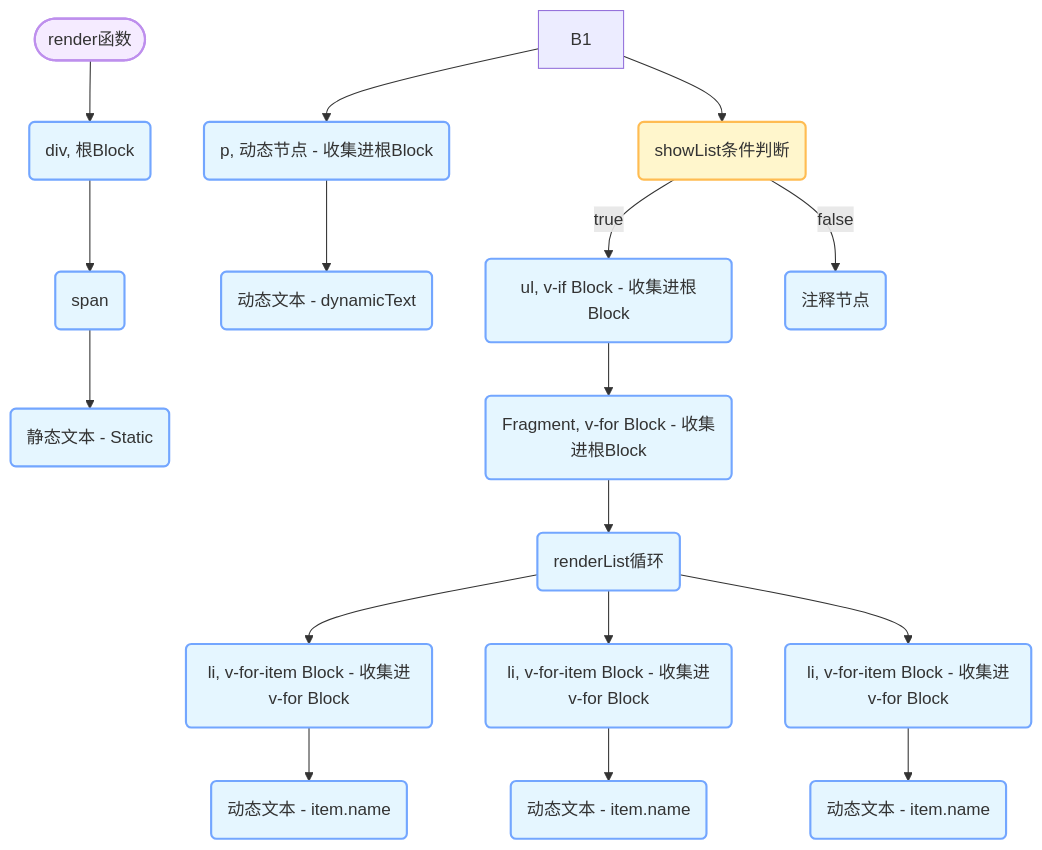
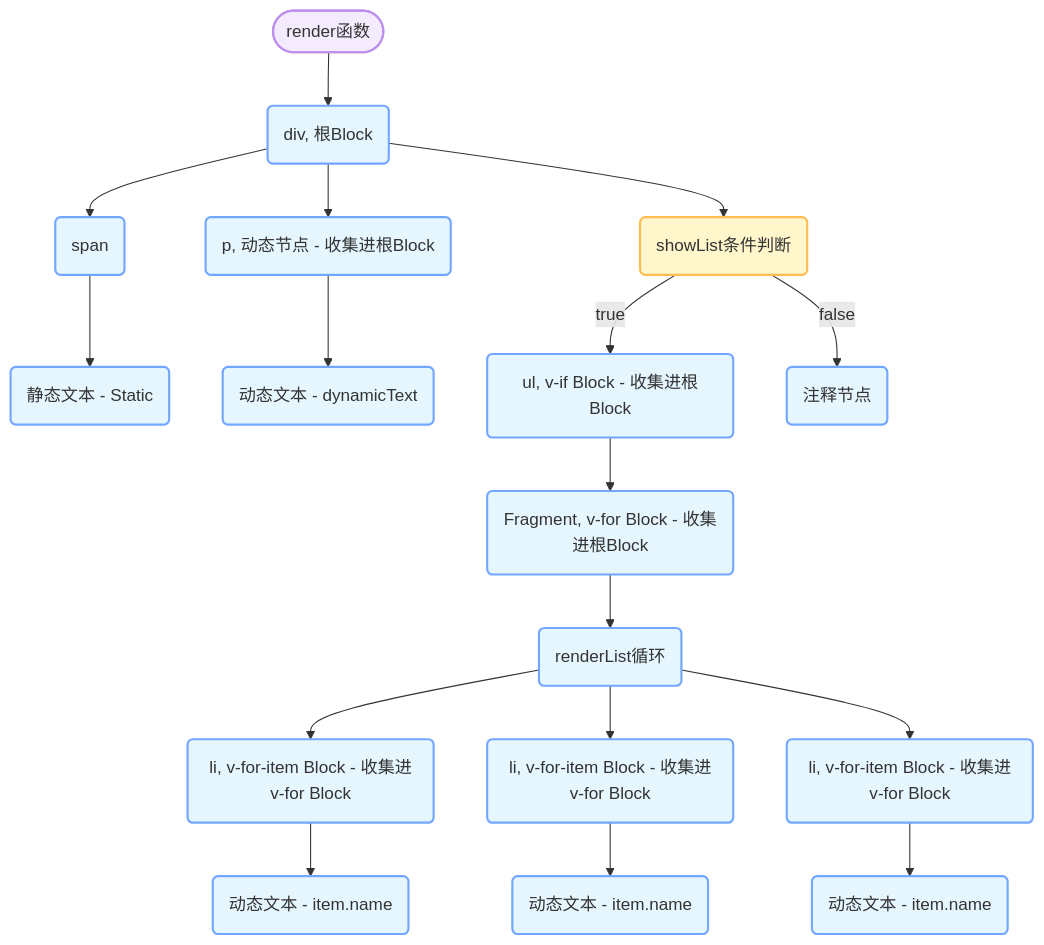
Before and after one commit to LaiTaoGDUT/webNote: the diagram in JavaScript/Vue3动态节点靶向更新(Block Tree)详解.md, drawn with Mermaid.

Commit message:
同步笔记

````diff
--- a/JavaScript/Vue3动态节点靶向更新(Block Tree)详解.md
+++ b/JavaScript/Vue3动态节点靶向更新(Block Tree)详解.md
@@ -82,23 +82,23 @@
 ```mermaid
 graph TD
     classDef startend fill:#F5EBFF,stroke:#BE8FED,stroke-width:2px
     classDef process fill:#E5F6FF,stroke:#73A6FF,stroke-width:2px
     classDef decision fill:#FFF6CC,stroke:#FFBC52,stroke-width:2px
     
     A([render函数]):::startend --> B(div, 根Block):::process
     B --> C(span):::process
     C --> C1(静态文本 - Static):::process
-    B1 --> D(p, 动态节点 - 收集进根Block):::process
+    B --> D(p, 动态节点 - 收集进根Block):::process
     D --> D1(动态文本 - dynamicText):::process
-    B1 --> E(showList条件判断):::decision
+    B --> E(showList条件判断):::decision
     E -->|true| F(ul, v-if Block - 收集进根Block):::process
     F --> G(Fragment, v-for Block - 收集进根Block):::process
     G --> H(renderList循环):::process
     H --> I1(li, v-for-item Block - 收集进v-for Block):::process
     I1 --> I12(动态文本 - item.name):::process
     H --> I2(li, v-for-item Block - 收集进v-for Block):::process
     I2 --> I22(动态文本 - item.name):::process
     H --> I3(li, v-for-item Block - 收集进v-for Block):::process
     I3 --> I32(动态文本 - item.name):::process
     E -->|false| J(注释节点):::process 
 ```
````
